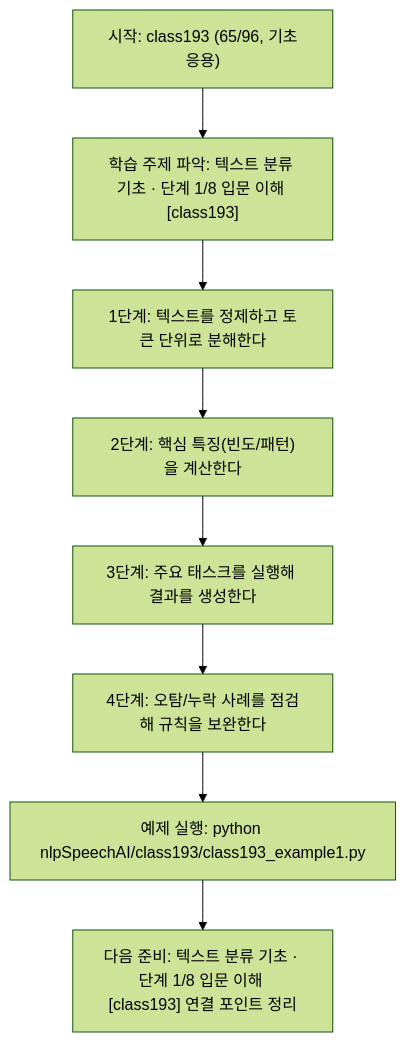
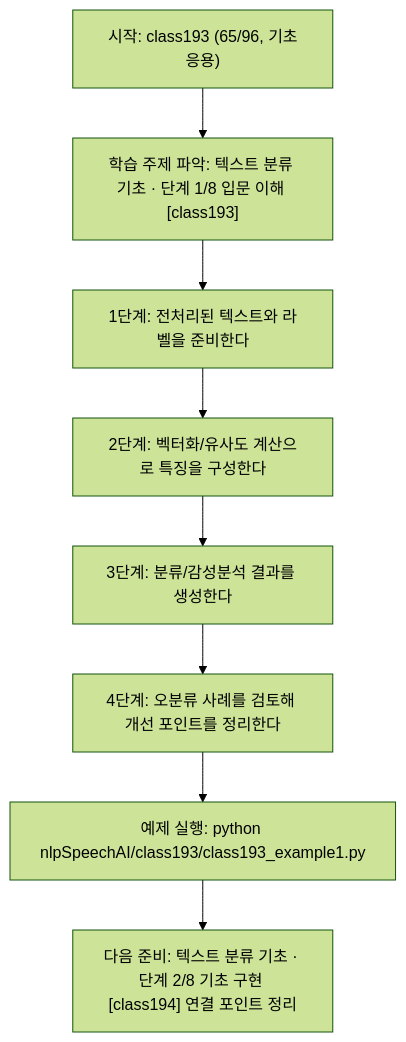
One commit to edumgt/Python-AI_Agent-Class changed the diagram in nlpSpeechAI/class193/class193.md. Above: the diagram before and after it, drawn with Mermaid (forest theme). The commit also changed other lines of this file and 1122 other files, not shown here.

````diff
--- a/nlpSpeechAI/class193/class193.md
+++ b/nlpSpeechAI/class193/class193.md
@@ -114,18 +95,18 @@
 ```mermaid
 flowchart TD
 N1["시작: class193 (65/96, 기초응용)"]
 N2["학습 주제 파악: 텍스트 분류 기초 · 단계 1/8 입문 이해 [class193]"]
-N3["1단계: 텍스트를 정제하고 토큰 단위로 분해한다"]
-N4["2단계: 핵심 특징(빈도/패턴)을 계산한다"]
-N5["3단계: 주요 태스크를 실행해 결과를 생성한다"]
-N6["4단계: 오탐/누락 사례를 점검해 규칙을 보완한다"]
+N3["1단계: 전처리된 텍스트와 라벨을 준비한다"]
+N4["2단계: 벡터화/유사도 계산으로 특징을 구성한다"]
+N5["3단계: 분류/감성분석 결과를 생성한다"]
+N6["4단계: 오분류 사례를 검토해 개선 포인트를 정리한다"]
 N7["예제 실행: python nlpSpeechAI/class193/class193_example1.py"]
-N8["다음 준비: 텍스트 분류 기초 · 단계 1/8 입문 이해 [class193] 연결 포인트 정리"]
+N8["다음 준비: 텍스트 분류 기초 · 단계 2/8 기초 구현 [class194] 연결 포인트 정리"]
 N1 --> N2
 N2 --> N3
 N3 --> N4
 N4 --> N5
 N5 --> N6
 N6 --> N7
 N7 --> N8
 ```
````
